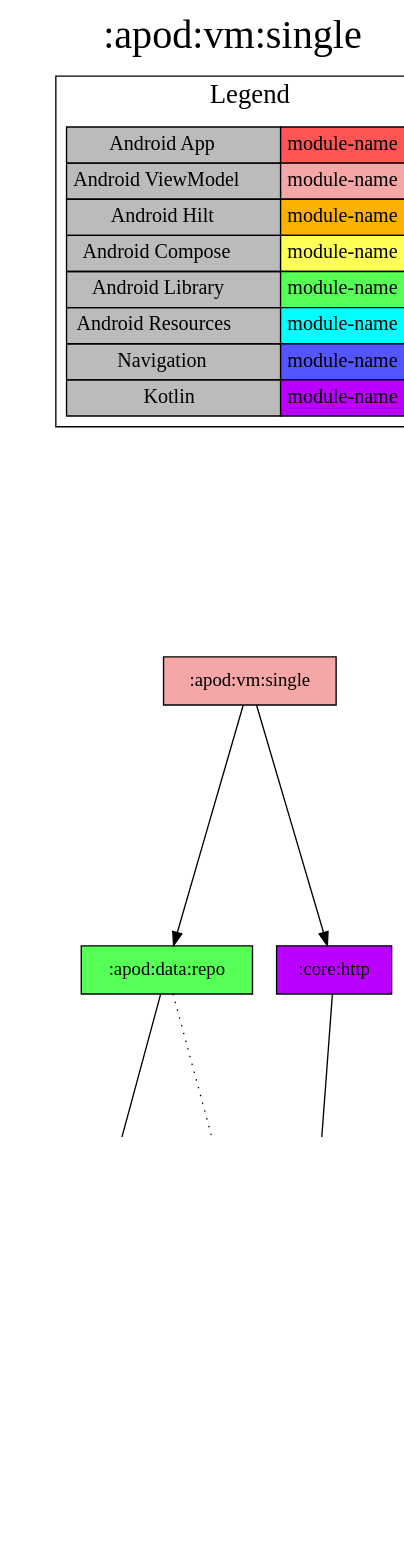
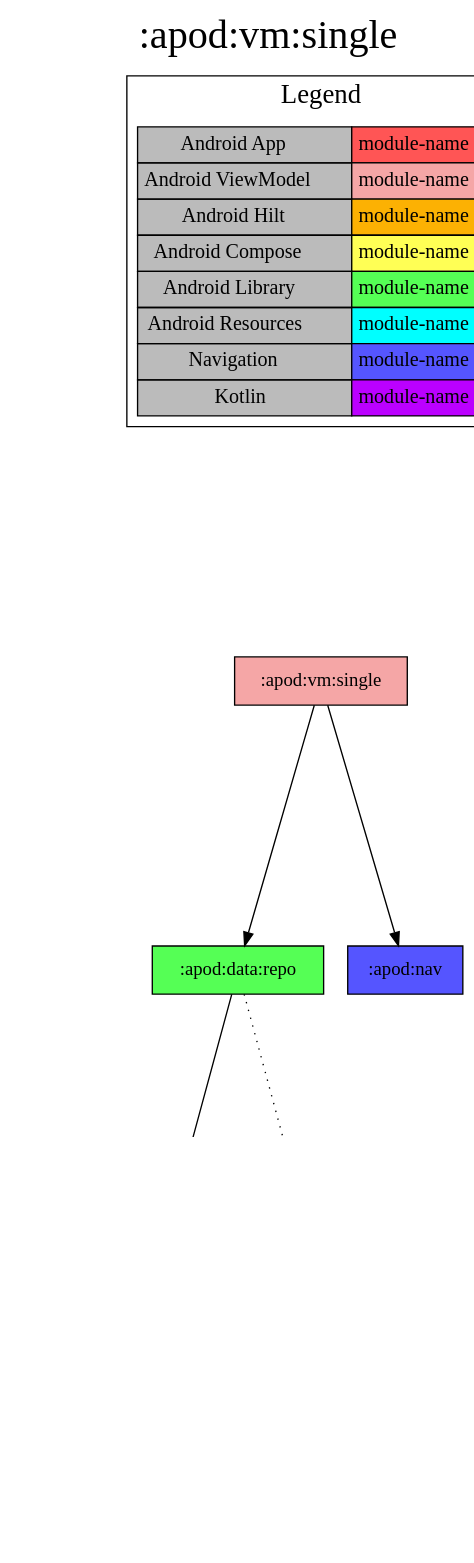
Before and after one commit to jonapoul/nasa-android: the diagram in modules/apod/vm/single/project-dependency-graph.dot, drawn with Graphviz. The commit also changed 85 other files, not shown here.

```diff
--- a/modules/apod/vm/single/project-dependency-graph.dot
+++ b/modules/apod/vm/single/project-dependency-graph.dot
@@ -1,39 +1,38 @@
 digraph {
 edge ["dir"="forward"]
 graph ["dpi"="100","label"=":apod:vm:single","labelloc"="t","fontsize"="30","ranksep"="2.5","rankdir"="TB"]
 node ["style"="filled"]
 ":apod:vm:single" ["fillcolor"="#F5A6A6","shape"="box"]
 ":apod:data:repo" ["fillcolor"="#55FF55","shape"="box"]
 ":apod:data:api" ["fillcolor"="#BB00FF","shape"="box"]
 ":apod:model" ["fillcolor"="#BB00FF","shape"="box"]
 ":core:model" ["fillcolor"="#BB00FF","shape"="box"]
 ":db:apod" ["fillcolor"="#BB00FF","shape"="box"]
-":core:http" ["fillcolor"="#BB00FF","shape"="box"]
+":apod:nav" ["fillcolor"="#5555FF","shape"="box"]
 {
 edge ["dir"="none"]
 graph ["rank"="same"]
 }
 ":apod:vm:single" -> ":apod:data:repo"
-":apod:vm:single" -> ":core:http"
+":apod:vm:single" -> ":apod:nav"
 ":apod:data:repo" -> ":apod:data:api"
 ":apod:data:repo" -> ":db:apod" ["style"="dotted"]
 ":apod:data:api" -> ":apod:model"
 ":apod:data:api" -> ":core:model"
-":core:http" -> ":core:model"
 subgraph "cluster_legend" {
 edge ["dir"="none"]
 graph ["label"="Legend","fontsize"="20"]
 "Legend" ["style"="filled","fillcolor"="#bbbbbb","shape"="none","margin"="0","fontsize"="15","label"=<
 <TABLE BORDER="0" CELLBORDER="1" CELLSPACING="0" CELLPADDING="4">
 <TR><TD>Android App</TD><TD BGCOLOR="#FF5555">module-name</TD></TR>
 <TR><TD>Android ViewModel</TD><TD BGCOLOR="#F5A6A6">module-name</TD></TR>
 <TR><TD>Android Hilt</TD><TD BGCOLOR="#FCB103">module-name</TD></TR>
 <TR><TD>Android Compose</TD><TD BGCOLOR="#FFFF55">module-name</TD></TR>
 <TR><TD>Android Library</TD><TD BGCOLOR="#55FF55">module-name</TD></TR>
 <TR><TD>Android Resources</TD><TD BGCOLOR="#00FFFF">module-name</TD></TR>
 <TR><TD>Navigation</TD><TD BGCOLOR="#5555FF">module-name</TD></TR>
 <TR><TD>Kotlin</TD><TD BGCOLOR="#BB00FF">module-name</TD></TR>
 </TABLE>
 >]
 } -> ":apod:vm:single" ["style"="invis"]
 }
```
